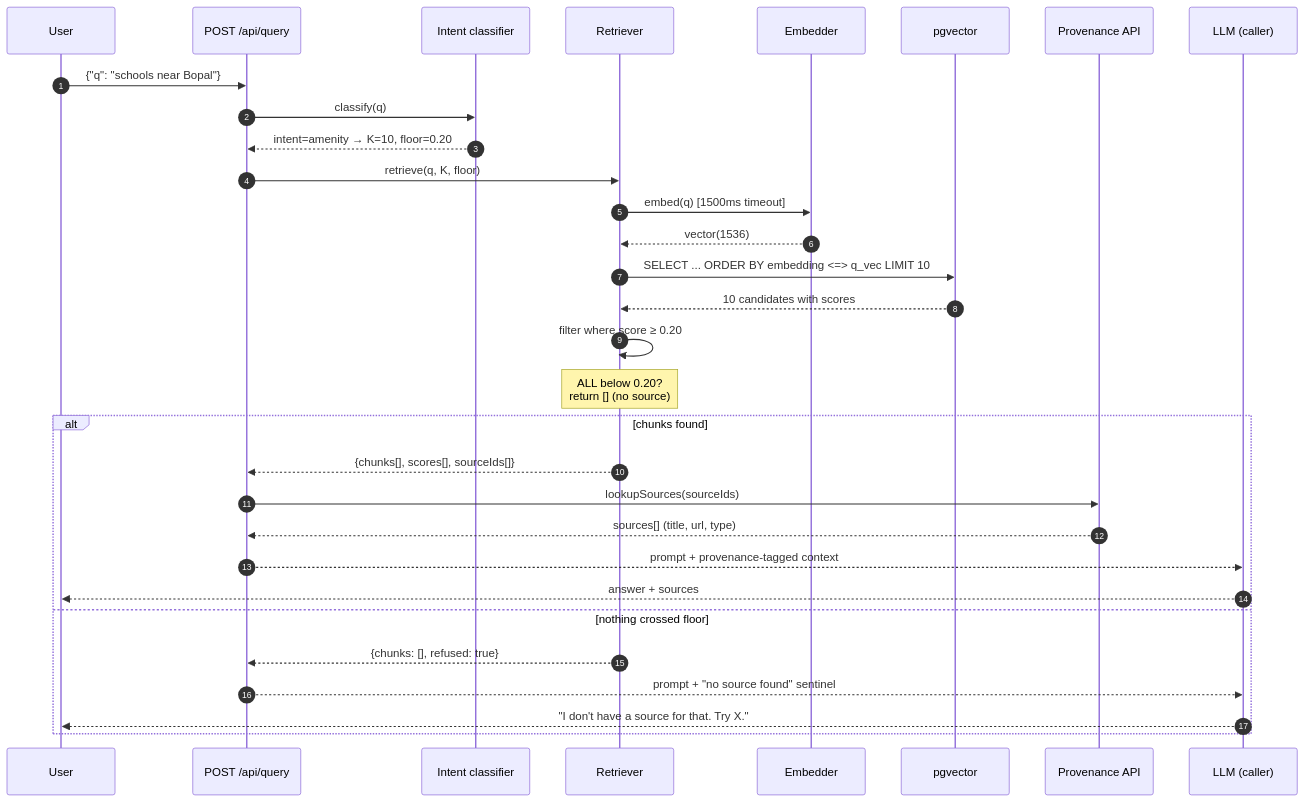
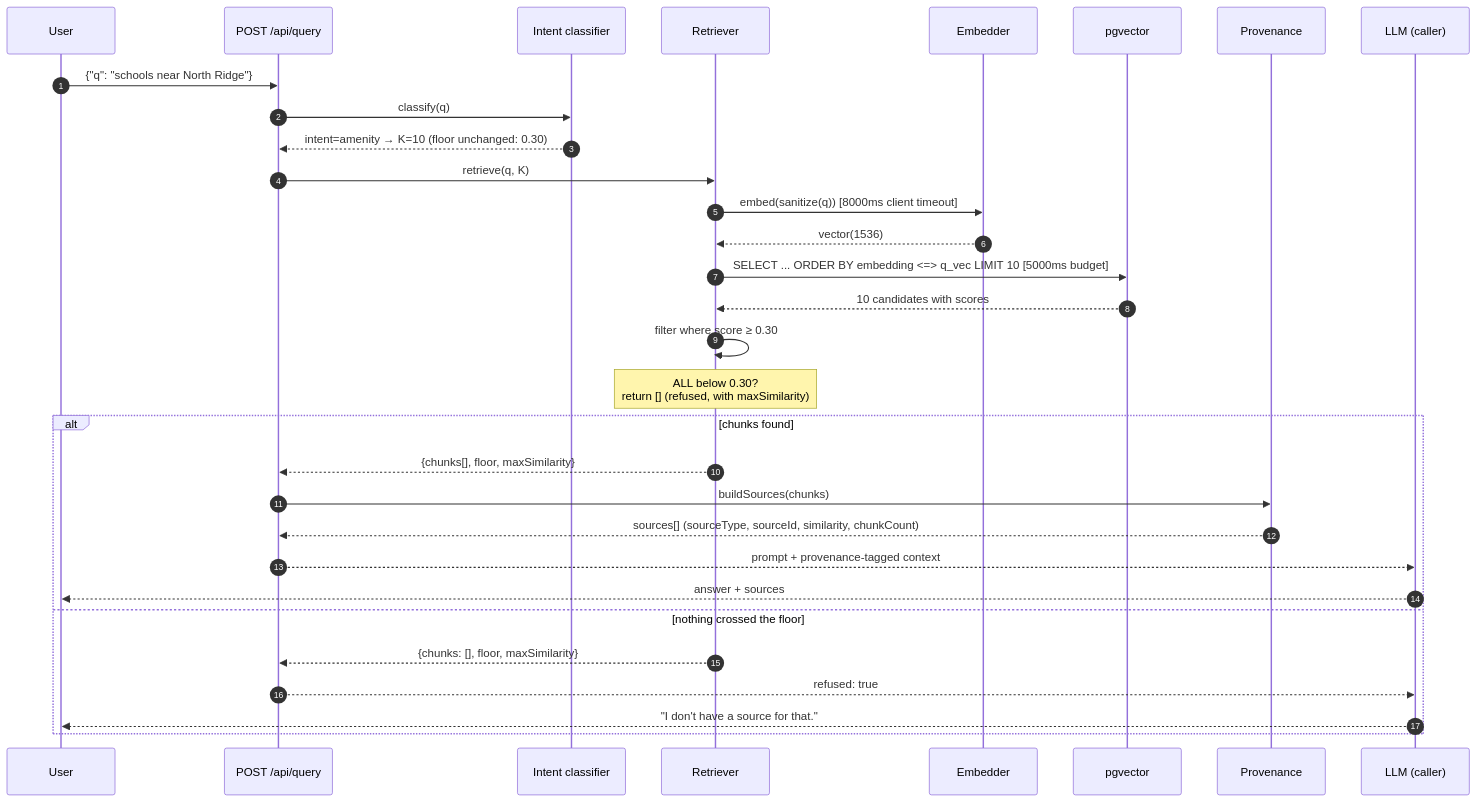
Before and after one commit to ykstorm/anchor: the second of 4 diagrams in docs/architecture.md, drawn with Mermaid. The commit also changed other lines of this file and 50 other files, not shown here.

````diff
--- a/docs/architecture.md
+++ b/docs/architecture.md
@@ -66,35 +67,35 @@
 ```mermaid
 sequenceDiagram
     autonumber
     participant U as User
     participant API as POST /api/query
     participant I as Intent classifier
     participant R as Retriever
     participant E as Embedder
     participant V as pgvector
-    participant P as Provenance API
+    participant P as Provenance
     participant L as LLM (caller)
 
-    U->>API: {"q": "schools near Bopal"}
+    U->>API: {"q": "schools near North Ridge"}
     API->>I: classify(q)
-    I-->>API: intent=amenity → K=10, floor=0.20
-    API->>R: retrieve(q, K, floor)
-    R->>E: embed(q)  [1500ms timeout]
+    I-->>API: intent=amenity → K=10 (floor unchanged: 0.30)
+    API->>R: retrieve(q, K)
+    R->>E: embed(sanitize(q))  [8000ms client timeout]
     E-->>R: vector(1536)
-    R->>V: SELECT ... ORDER BY embedding <=> q_vec LIMIT 10
+    R->>V: SELECT ... ORDER BY embedding <=> q_vec LIMIT 10  [5000ms budget]
     V-->>R: 10 candidates with scores
-    R->>R: filter where score ≥ 0.20
-    Note over R: ALL below 0.20?<br/>return [] (no source)
+    R->>R: filter where score ≥ 0.30
+    Note over R: ALL below 0.30?<br/>return [] (refused, with maxSimilarity)
 
     alt chunks found
-        R-->>API: {chunks[], scores[], sourceIds[]}
-        API->>P: lookupSources(sourceIds)
-        P-->>API: sources[]  (title, url, type)
+        R-->>API: {chunks[], floor, maxSimilarity}
+        API->>P: buildSources(chunks)
+        P-->>API: sources[]  (sourceType, sourceId, similarity, chunkCount)
         API-->>L: prompt + provenance-tagged context
         L-->>U: answer + sources
-    else nothing crossed floor
-        R-->>API: {chunks: [], refused: true}
-        API-->>L: prompt + "no source found" sentinel
-        L-->>U: "I don't have a source for that. Try X."
+    else nothing crossed the floor
+        R-->>API: {chunks: [], floor, maxSimilarity}
+        API-->>L: refused: true
+        L-->>U: "I don't have a source for that."
     end
 ```
````
